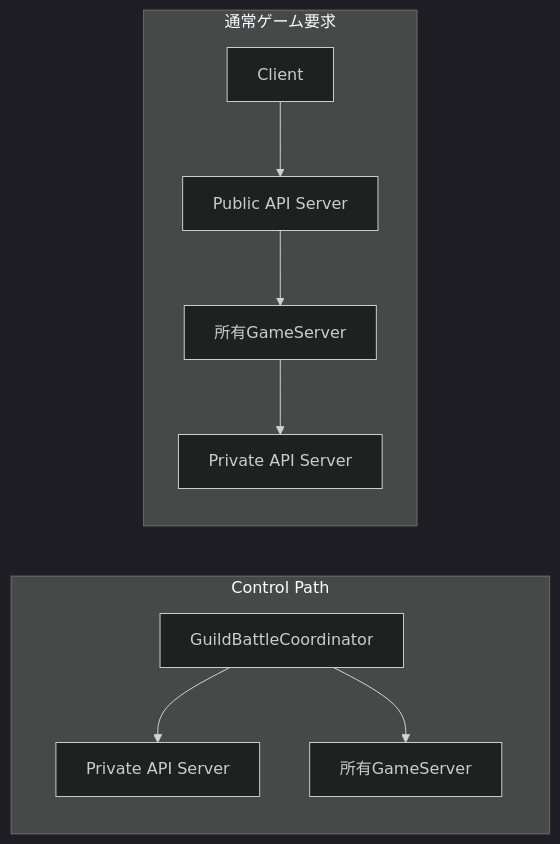
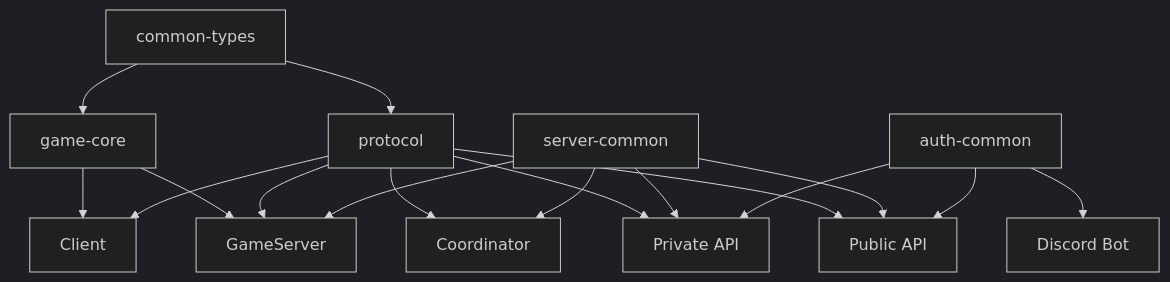
Before and after one commit to ReHydrangeaOdyssey/Specifications: the third of 3 diagrams in design/programming/architecture.md, drawn with Mermaid (dark theme). The commit also changed other lines of this file and 35 other files, not shown here.

````diff
--- a/design/programming/architecture.md
+++ b/design/programming/architecture.md
@@ -91,16 +117,32 @@
 ```mermaid
-flowchart LR
-    subgraph ControlPath[Control Path]
-        Coordinator[GuildBattleCoordinator]
-        Private[Private API Server]
-        Game[所有GameServer]
-        Coordinator --> Private
-        Coordinator --> Game
-    end
+flowchart TD
+    CT[common-types]
+    PR[protocol]
+    GC[game-core]
+    SC[server-common]
+    AC[auth-common]
 
-    subgraph DataPath[通常ゲーム要求]
-        Client[Client] --> Public[Public API Server]
-        Public --> Game2[所有GameServer]
-        Game2 --> Private2[Private API Server]
-    end
+    C[Client]
+    P[Public API]
+    PA[Private API]
+    G[GameServer]
+    CO[Coordinator]
+    B[Discord Bot]
+
+    CT --> PR
+    CT --> GC
+    GC --> C
+    GC --> G
+    PR --> C
+    PR --> P
+    PR --> PA
+    PR --> G
+    PR --> CO
+    SC --> P
+    SC --> PA
+    SC --> G
+    SC --> CO
+    AC --> P
+    AC --> PA
+    AC --> B
 ```
````
